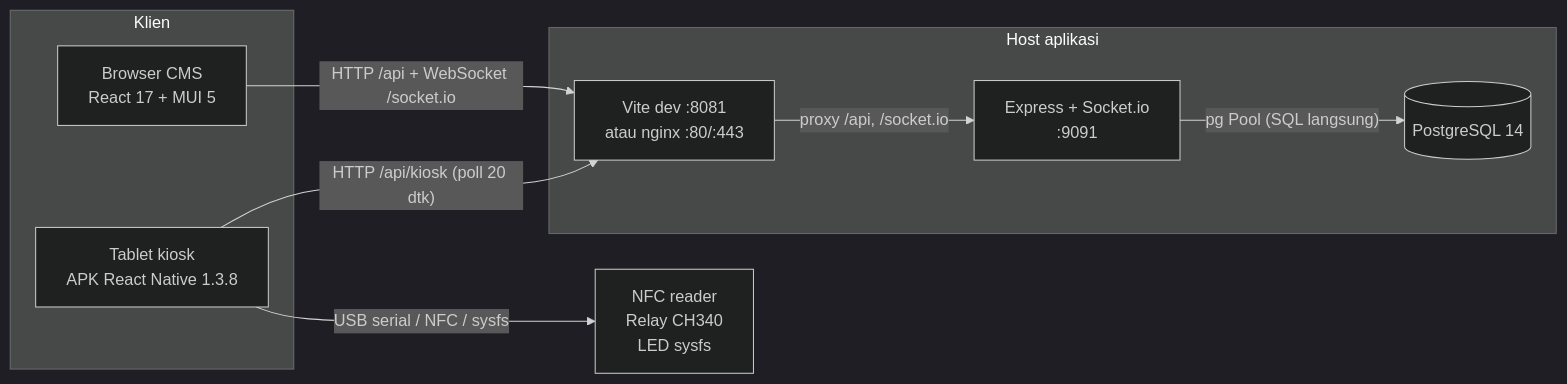
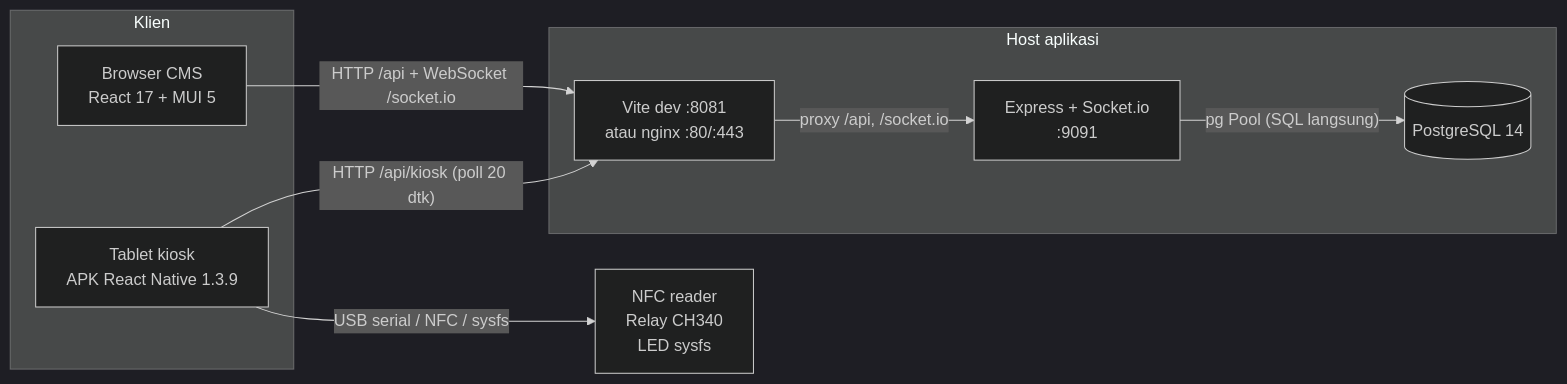
The first of 5 diagrams in docs/architecture.md (goodmeow/app_booking), drawn with Mermaid (dark theme) before and after one commit. The commit also changed other lines of this file and 15 other files, not shown here.

````diff
--- a/docs/architecture.md
+++ b/docs/architecture.md
@@ -28,21 +28,21 @@
 ```mermaid
 flowchart LR
   subgraph Klien
     CMS["Browser CMS<br/>React 17 + MUI 5"]
-    KIOSK["Tablet kiosk<br/>APK React Native 1.3.8"]
+    KIOSK["Tablet kiosk<br/>APK React Native 1.3.9"]
   end
 
   subgraph Host["Host aplikasi"]
     EDGE["Vite dev :8081<br/>atau nginx :80/:443"]
     API["Express + Socket.io<br/>:9091"]
     DB[("PostgreSQL 14")]
   end
 
   HW["NFC reader<br/>Relay CH340<br/>LED sysfs"]
 
   CMS -->|"HTTP /api + WebSocket /socket.io"| EDGE
   EDGE -->|"proxy /api, /socket.io"| API
   API -->|"pg Pool (SQL langsung)"| DB
   KIOSK -->|"HTTP /api/kiosk (poll 20 dtk)"| EDGE
   KIOSK -->|"USB serial / NFC / sysfs"| HW
 ```
````
